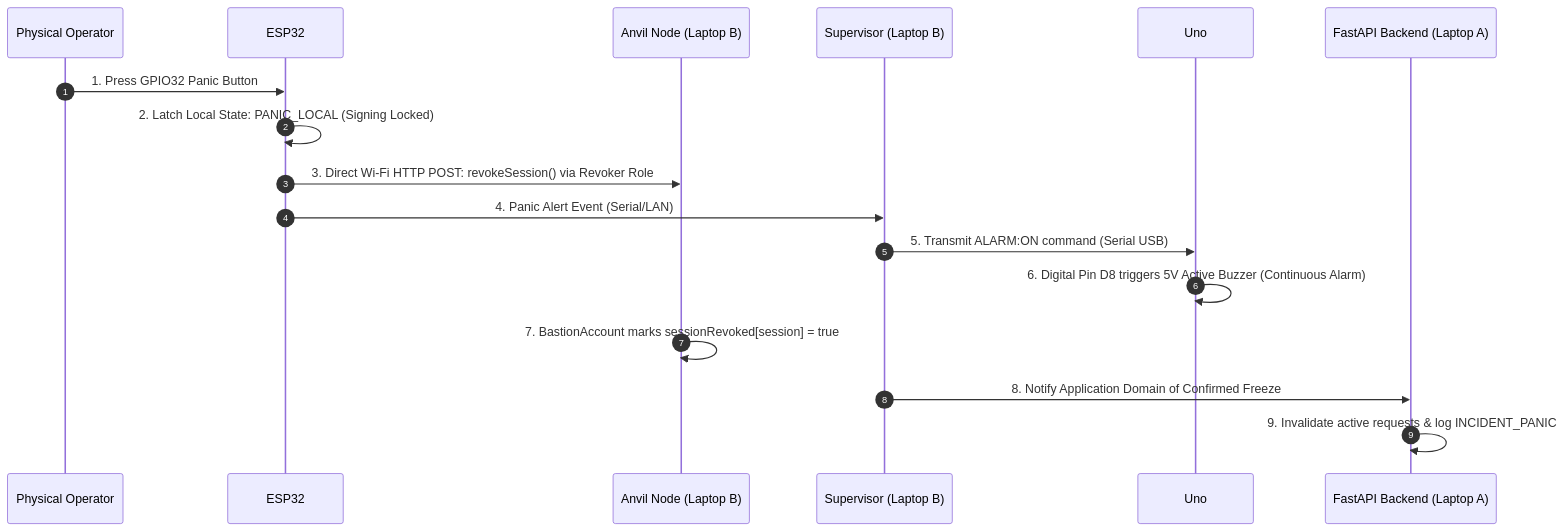
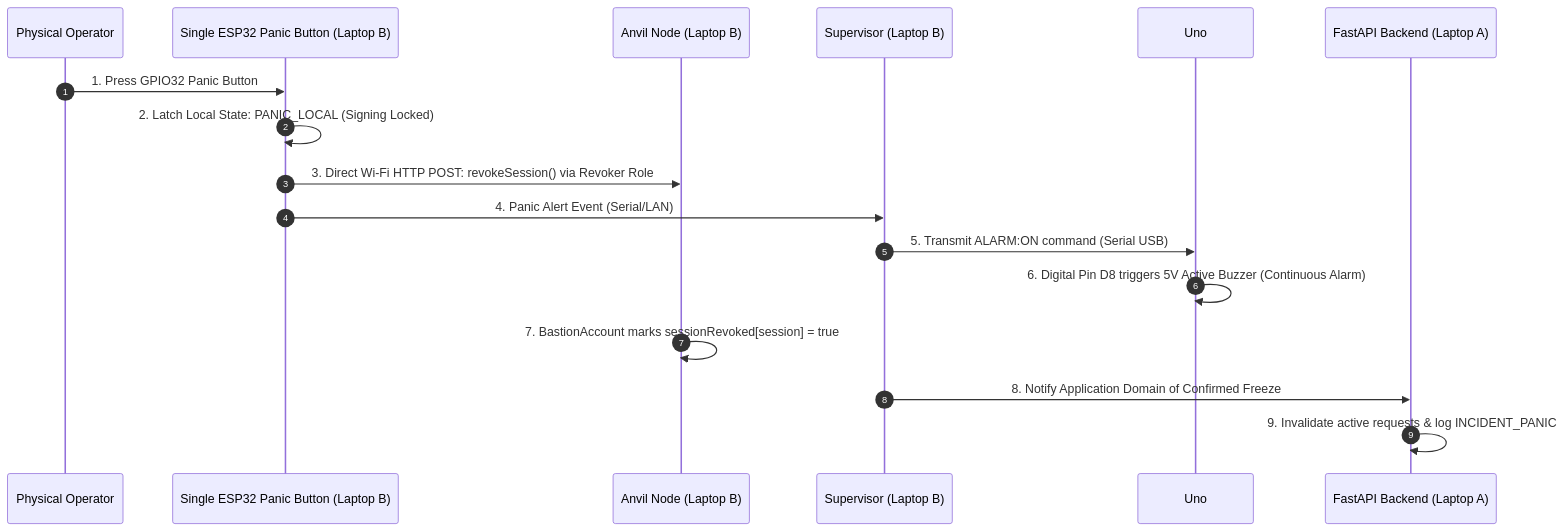
One commit to kevhim/Phantom-Troupe-Bastion changed the second of 2 diagrams in docs/setup/TWO_LAPTOP_INTEGRATION.md. Above: the diagram before and after it, drawn with Mermaid. The commit also changed other lines of this file and 36 other files, not shown here.

First line of the commit message:
feat(hardware): correct inventory to single ESP32 driving dual OLEDs

````diff
--- a/docs/setup/TWO_LAPTOP_INTEGRATION.md
+++ b/docs/setup/TWO_LAPTOP_INTEGRATION.md
@@ -53,20 +53,20 @@
 ```mermaid
 sequenceDiagram
     autonumber
     participant Op as Physical Operator
-    participant Signer as ESP32 #1 Panic Button (Laptop B)
+    participant Signer as Single ESP32 Panic Button (Laptop B)
     participant Chain as Anvil Node (Laptop B)
     participant Super as Supervisor (Laptop B)
     participant Uno as Uno #1 Buzzer D8 (Laptop B)
     participant API as FastAPI Backend (Laptop A)
 
     Op->>Signer: 1. Press GPIO32 Panic Button
     Signer->>Signer: 2. Latch Local State: PANIC_LOCAL (Signing Locked)
     Signer->>Chain: 3. Direct Wi-Fi HTTP POST: revokeSession() via Revoker Role
     Signer->>Super: 4. Panic Alert Event (Serial/LAN)
     Super->>Uno: 5. Transmit ALARM:ON command (Serial USB)
     Uno->>Uno: 6. Digital Pin D8 triggers 5V Active Buzzer (Continuous Alarm)
     Chain->>Chain: 7. BastionAccount marks sessionRevoked[session] = true
     Super->>API: 8. Notify Application Domain of Confirmed Freeze
     API->>API: 9. Invalidate active requests & log INCIDENT_PANIC
 ```
````
